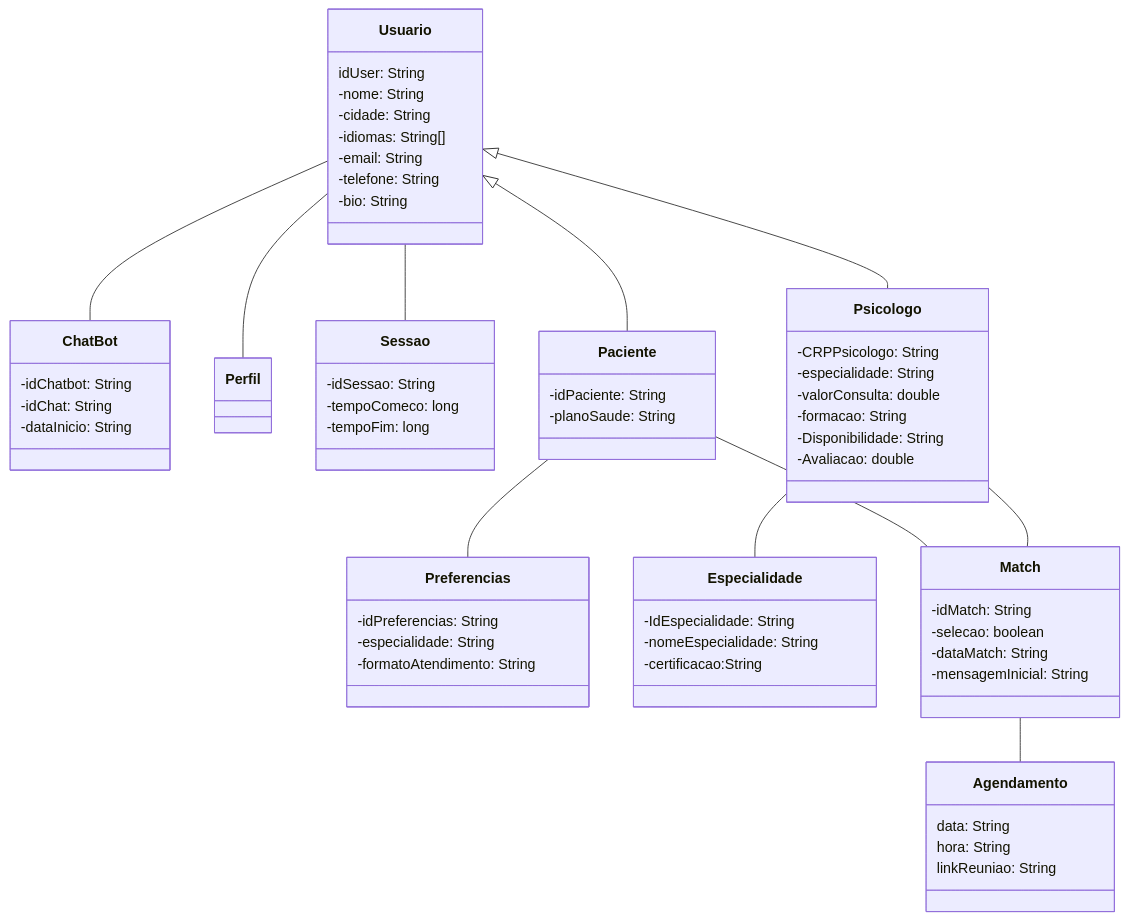
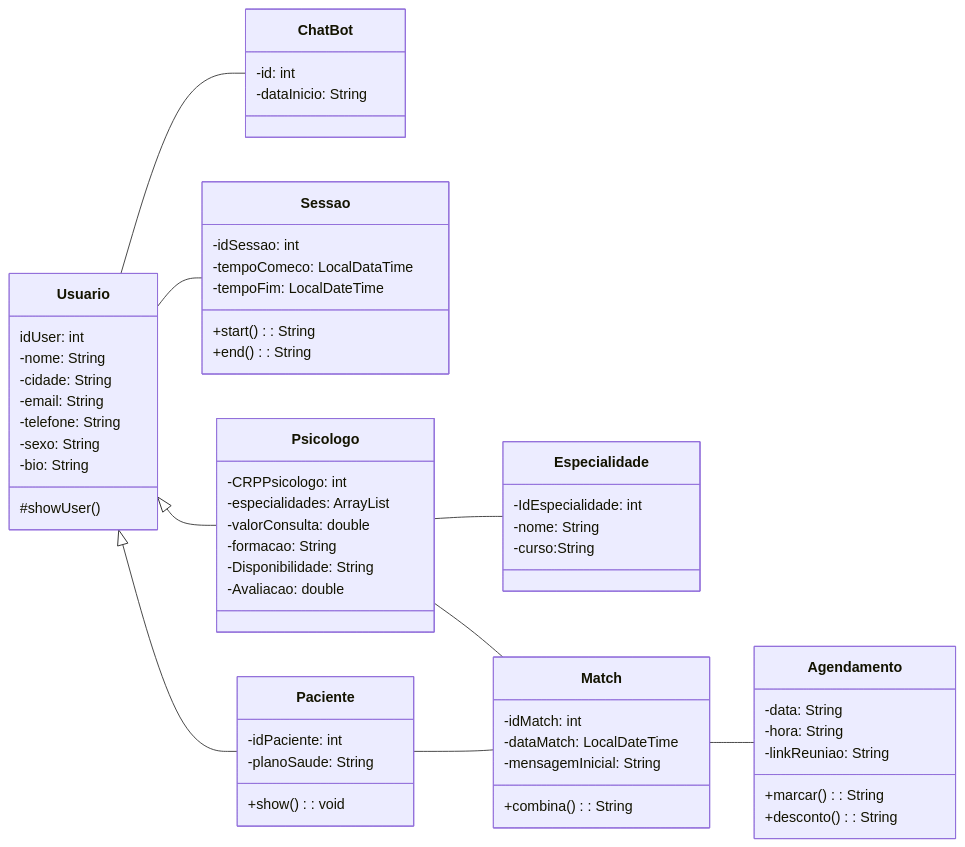
The diagram in funcionalidades/documentacao.md (eduardofuncao/Pisitin), drawn with Mermaid before and after one commit. The commit also changed other lines of this file and 4 other files, not shown here.

Commit message:
adiciona o diagrama de classes final como arquivo jpg, e atualiza o relatório do projeto com base no diagrama

````diff
--- a/funcionalidades/documentacao.md
+++ b/funcionalidades/documentacao.md
@@ -38,78 +37,75 @@
 ```mermaid
 classDiagram
+    direction LR
     Usuario -- ChatBot
-    Usuario -- Perfil
     Usuario -- Sessao
+    Usuario <|-- Psicologo
     Usuario <|-- Paciente
-    Usuario <|-- Psicologo
-    Paciente -- Preferencias
+
     Psicologo -- Especialidade
+    Psicologo -- Match
     Paciente -- Match
-    Psicologo -- Match
     Match -- Agendamento
 
 
 
     class Usuario{
-        idUser: String
+        idUser: int
         -nome: String
         -cidade: String
-        -idiomas: String[]
         -email: String
         -telefone: String
+        -sexo: String
         -bio: String
+        #showUser()
     }
 
     class ChatBot{
-        -idChatbot: String
-        -idChat: String
+        -id: int
         -dataInicio: String
     }
 
     class Sessao{
-        -idSessao: String
-        -tempoComeco: long
-        -tempoFim: long
+        -idSessao: int
+        -tempoComeco: LocalDataTime
+        -tempoFim: LocalDateTime
+        +start(): String
+        +end(): String
     }
 
     class Paciente{
-        -idPaciente: String
+        -idPaciente: int
         -planoSaude: String
+        +show(): void
     }
 
     class Psicologo{
-        -CRPPsicologo: String
-        -especialidade: String
+        -CRPPsicologo: int
+        -especialidades: ArrayList<String>
         -valorConsulta: double
         -formacao: String
         -Disponibilidade: String
         -Avaliacao: double
     }
 
     class Match{
-        -idMatch: String
-        -selecao: boolean
-        -dataMatch: String
+        -idMatch: int
+        -dataMatch: LocalDateTime   
         -mensagemInicial: String
+        +combina(): String
     }
 
     class Especialidade{
-        -IdEspecialidade: String
-        -nomeEspecialidade: String
-        -certificacao:String
-    }
-
-    class Preferencias{
-        -idPreferencias: String
-        -especialidade: String
-        -formatoAtendimento: String
+        -IdEspecialidade: int
+        -nome: String
+        -curso:String
     }
 
     class Agendamento{
-        data: String
-        hora: String
-        linkReuniao: String
+        -data: String
+        -hora: String
+        -linkReuniao: String
+        +marcar(): String
+        +desconto(): String
     }
-
-
 ```
````
